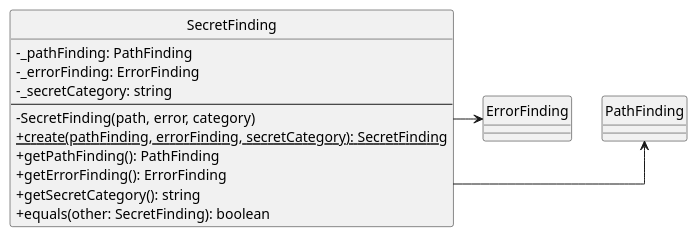
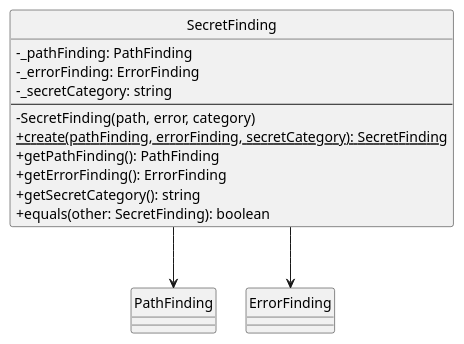
The diagram in assets/st_diagrams/code/plantuml/analysis/domain/valueObjects/secretFinding.vo.plantuml (SkarabGroup/DocumentazioneProgetto), drawn with PlantUML before and after one commit. The commit also changed 30 other files, not shown here.

```diff
--- a/assets/st_diagrams/code/plantuml/analysis/domain/valueObjects/secretFinding.vo.plantuml
+++ b/assets/st_diagrams/code/plantuml/analysis/domain/valueObjects/secretFinding.vo.plantuml
@@ -1,24 +1,24 @@
 @startuml SecretFinding
 skinparam componentStyle uml2.5
 skinparam linetype ortho
 skinparam nodesep 30
 skinparam ranksep 30
 skinparam ClassAttributeIconSize 0
 hide circles
 
 class SecretFinding {
     - _pathFinding: PathFinding
     - _errorFinding: ErrorFinding
     - _secretCategory: string
     ---
     - SecretFinding(path, error, category)
     + {static} create(pathFinding, errorFinding, secretCategory): SecretFinding
     + getPathFinding(): PathFinding
     + getErrorFinding(): ErrorFinding
     + getSecretCategory(): string
     + equals(other: SecretFinding): boolean
 }
 
-SecretFinding --right-> PathFinding
-SecretFinding --right-> ErrorFinding
+SecretFinding --down-> PathFinding
+SecretFinding --down-> ErrorFinding
 @enduml
```
